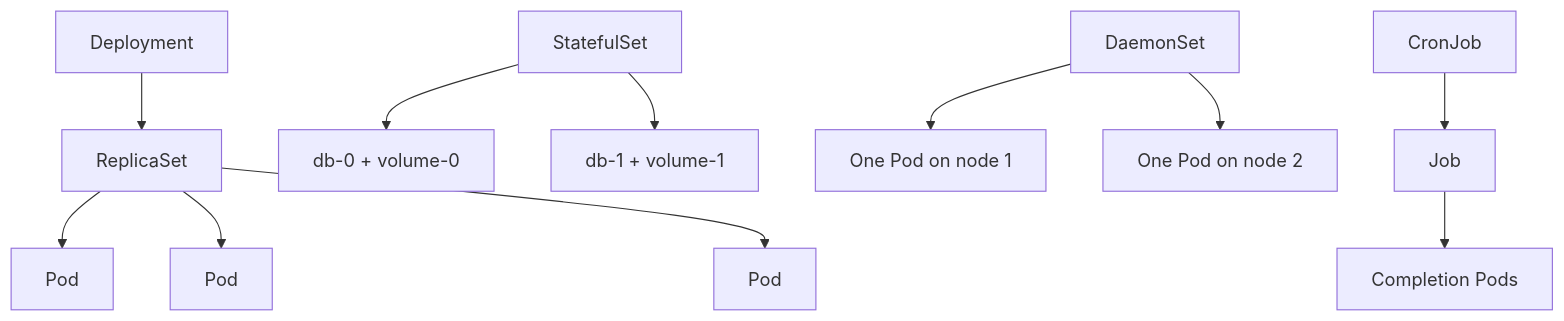
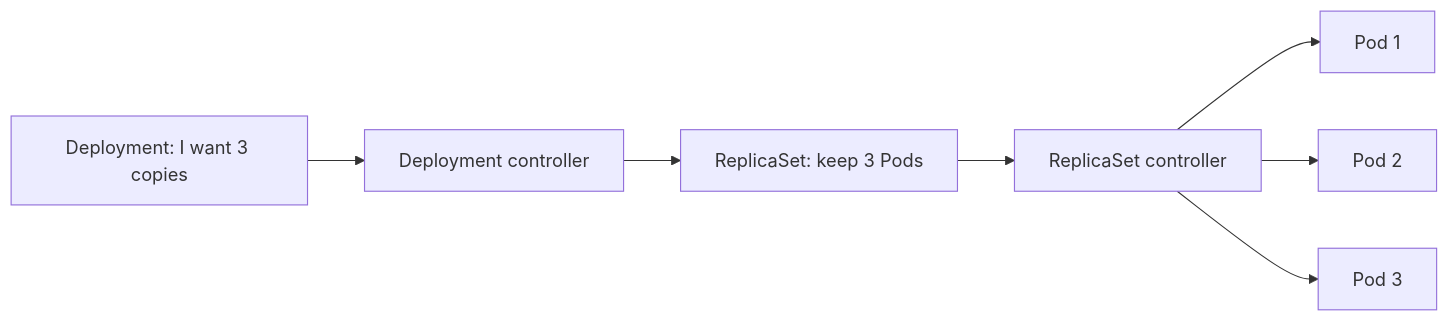
One commit to asadjan4611/K8s-Tutorial changed the tenth of 36 diagrams in Day-01-README.md. Above: the diagram before and after it, drawn with Mermaid. The commit also changed other lines of this file, not shown here.

````diff
--- a/Day-01-README.md
+++ b/Day-01-README.md
@@ -349,12 +744,9 @@
 ```mermaid
-flowchart TB
-    D[Deployment] --> RS[ReplicaSet]
-    RS --> P1[Pod]
-    RS --> P2[Pod]
-    RS --> P3[Pod]
-    SS[StatefulSet] --> SP0[db-0 + volume-0]
-    SS --> SP1[db-1 + volume-1]
-    DS[DaemonSet] --> NP1[One Pod on node 1]
-    DS --> NP2[One Pod on node 2]
-    CJ[CronJob] --> J[Job] --> JP[Completion Pods]
+flowchart LR
+    DEP[Deployment: I want 3 copies] --> DC[Deployment controller]
+    DC --> RS[ReplicaSet: keep 3 Pods]
+    RS --> RC[ReplicaSet controller]
+    RC --> P1[Pod 1]
+    RC --> P2[Pod 2]
+    RC --> P3[Pod 3]
 ```
````
